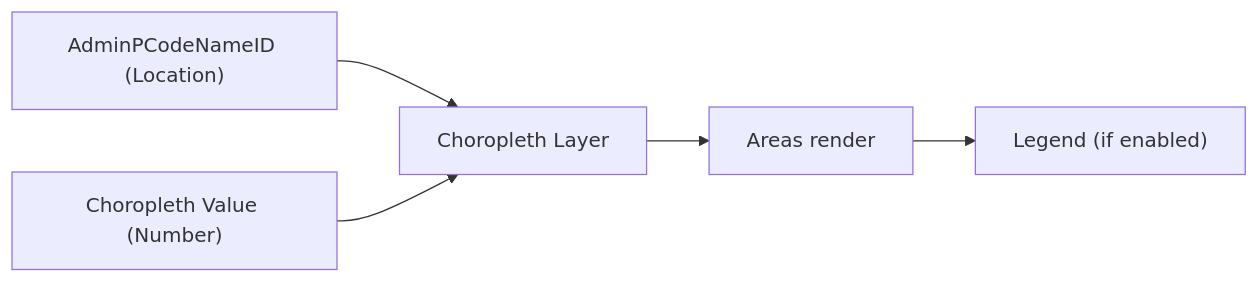
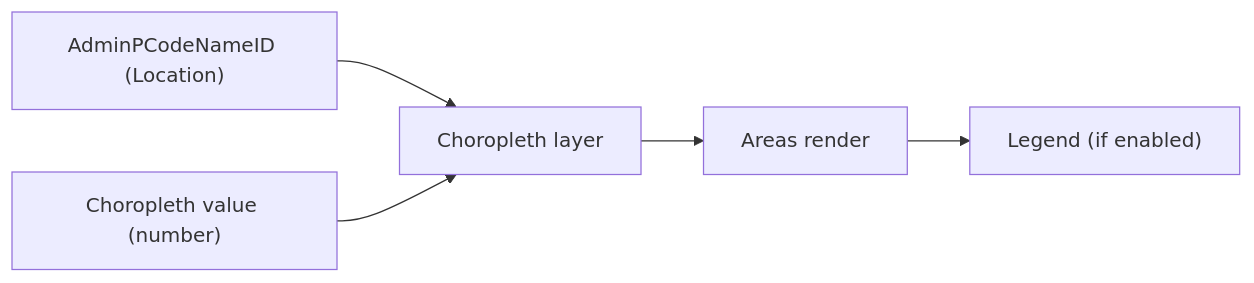
The first of 3 diagrams in spec/choropleth/quick-reference.md (maplumi/maplumi-pbi), drawn with Mermaid before and after one commit. The commit also changed other lines of this file and 4 other files, not shown here.

Commit message:
fix mermaid diagrams

````diff
--- a/spec/choropleth/quick-reference.md
+++ b/spec/choropleth/quick-reference.md
@@ -7,7 +7,7 @@
 ```mermaid
 flowchart LR
-  A["AdminPCodeNameID (Location)"] --> B[Choropleth Layer]
-  C["Choropleth Value (Number)"] --> B
-   B --> D[Areas render]
+  A["AdminPCodeNameID (Location)"] --> B["Choropleth layer"]
+  C["Choropleth value (number)"] --> B
+  B --> D["Areas render"]
   D --> E["Legend (if enabled)"]
 ```
````
